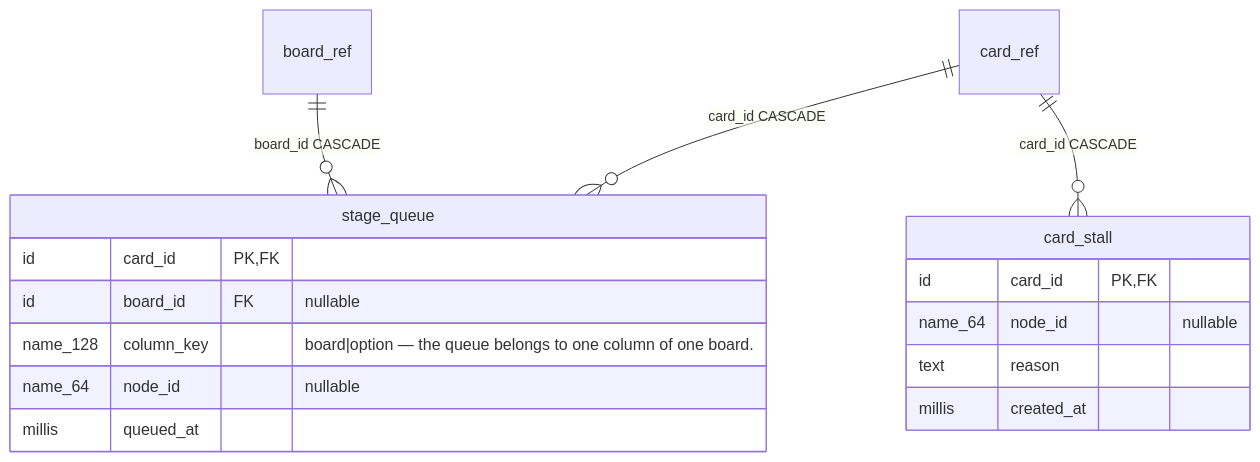
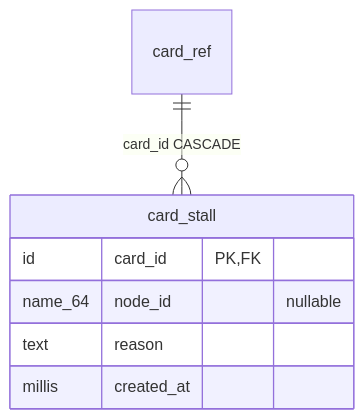
The sixth of 10 diagrams in docs/schema/erd.md (artipop/pourquoipas), drawn with Mermaid before and after one commit. The commit also changed other lines of this file and 10 other files, not shown here.

````diff
--- a/docs/schema/erd.md
+++ b/docs/schema/erd.md
@@ -384,20 +384,11 @@
 ```mermaid
 erDiagram
-    board_ref ||--o{ stage_queue : "board_id CASCADE"
     card_ref ||--o{ card_stall : "card_id CASCADE"
-    card_ref ||--o{ stage_queue : "card_id CASCADE"
 
     card_stall {
         id card_id PK, FK
         name_64 node_id "nullable"
         text reason
         millis created_at
     }
-    stage_queue {
-        id card_id PK, FK
-        id board_id FK "nullable"
-        name_128 column_key "board|option — the queue belongs to one column of one board."
-        name_64 node_id "nullable"
-        millis queued_at
-    }
 ```
````
